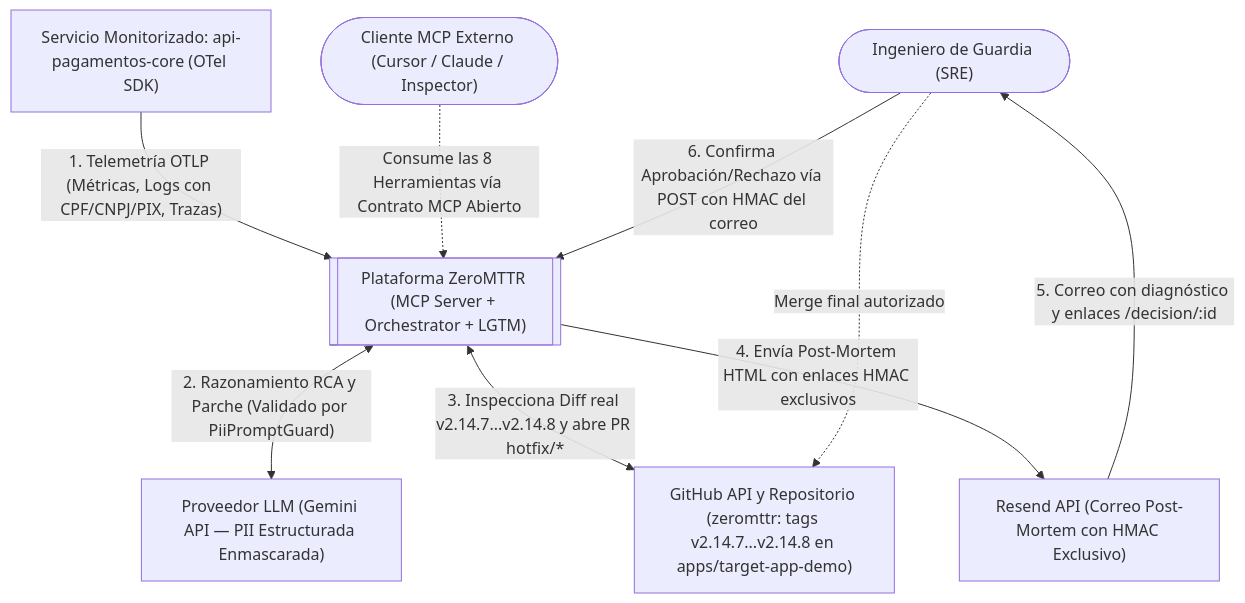
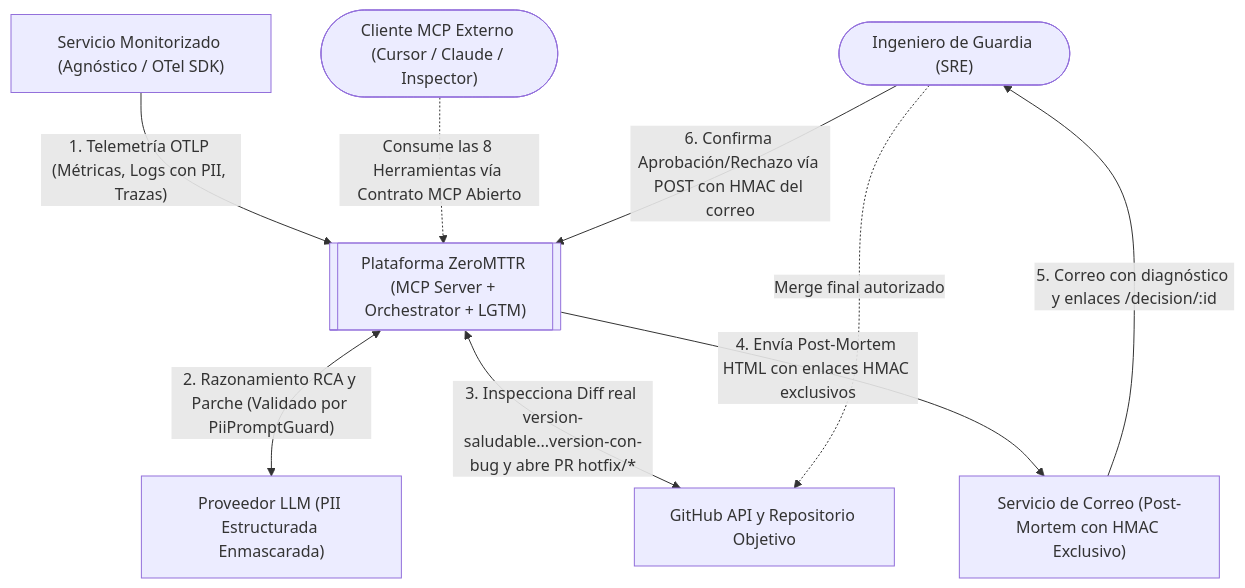
Before and after one commit to AdmilsonGoncalves/zeromttr: the second of 5 diagrams in docs/es-ES/00_architecture_master.md, drawn with Mermaid. The commit also changed other lines of this file and 75 other files, not shown here.

````diff
--- a/docs/es-ES/00_architecture_master.md
+++ b/docs/es-ES/00_architecture_master.md
@@ -147,19 +148,19 @@
 ```mermaid
 flowchart TD
     SRE(["Ingeniero de Guardia (SRE)"])
     EXT_MCP(["Cliente MCP Externo (Cursor / Claude / Inspector)"])
-    APP["Servicio Monitorizado: api-pagamentos-core (OTel SDK)"]
+    APP["Servicio Monitorizado (Agnóstico / OTel SDK)"]
     ZMT[["Plataforma ZeroMTTR (MCP Server + Orchestrator + LGTM)"]]
-    LLM["Proveedor LLM (Gemini API — PII Estructurada Enmascarada)"]
-    GH["GitHub API y Repositorio (zeromttr: tags v2.14.7...v2.14.8 en apps/target-app-demo)"]
-    RS["Resend API (Correo Post-Mortem con HMAC Exclusivo)"]
+    LLM["Proveedor LLM (PII Estructurada Enmascarada)"]
+    GH["GitHub API y Repositorio Objetivo"]
+    RS["Servicio de Correo (Post-Mortem con HMAC Exclusivo)"]
 
-    APP -->|"1. Telemetría OTLP (Métricas, Logs con CPF/CNPJ/PIX, Trazas)"| ZMT
+    APP -->|"1. Telemetría OTLP (Métricas, Logs con PII, Trazas)"| ZMT
     EXT_MCP -.->|"Consume las 8 Herramientas vía Contrato MCP Abierto"| ZMT
     ZMT <-->|"2. Razonamiento RCA y Parche (Validado por PiiPromptGuard)"| LLM
-    ZMT <-->|"3. Inspecciona Diff real v2.14.7...v2.14.8 y abre PR hotfix/*"| GH
+    ZMT <-->|"3. Inspecciona Diff real version-saludable...version-con-bug y abre PR hotfix/*"| GH
     ZMT -->|"4. Envía Post-Mortem HTML con enlaces HMAC exclusivos"| RS
     RS -->|"5. Correo con diagnóstico y enlaces /decision/:id"| SRE
     SRE -->|"6. Confirma Aprobación/Rechazo vía POST con HMAC del correo"| ZMT
     SRE -.->|"Merge final autorizado"| GH
 ```
````
